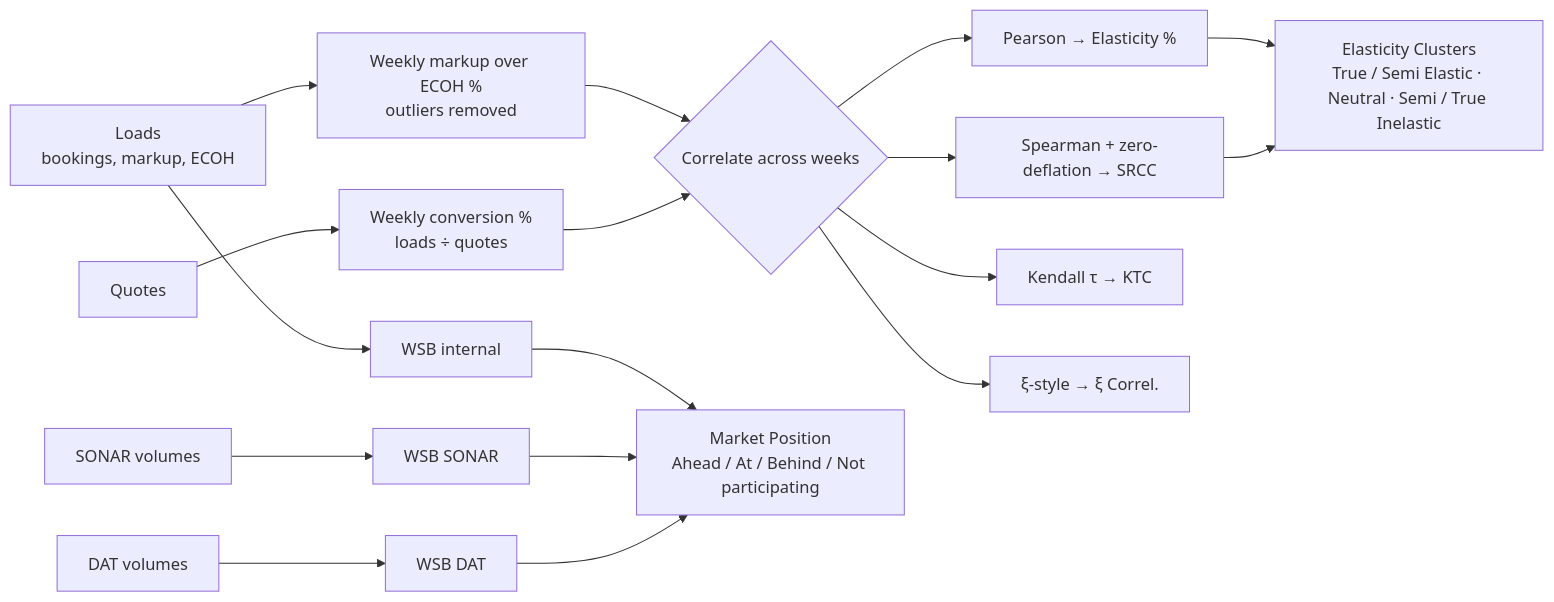
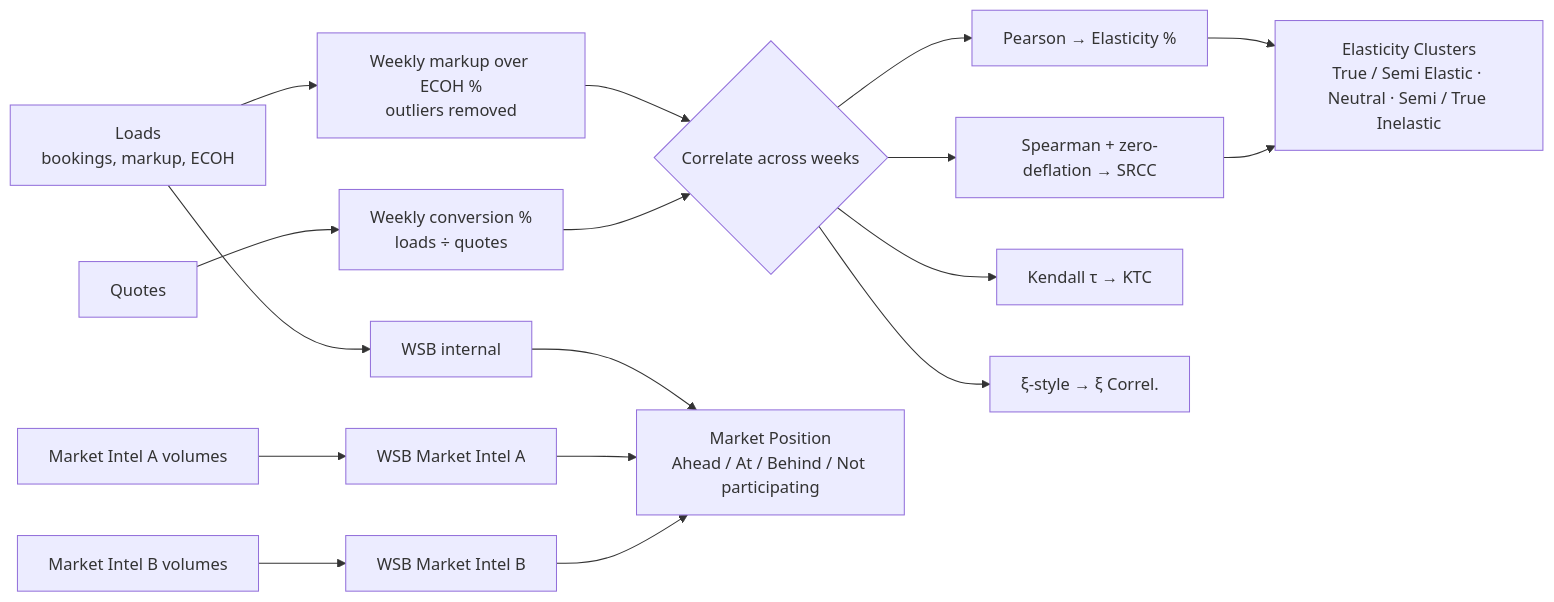
The diagram in README.md (kauemelo01/elasticity-wsb), drawn with Mermaid before and after one commit. The commit also changed other lines of this file and 9 other files, not shown here.

First line of the commit message:
Anonymize market data providers as Market Intel A and B

````diff
--- a/README.md
+++ b/README.md
@@ -38,19 +38,19 @@
 ```mermaid
 flowchart LR
     L[Loads<br/>bookings, markup, ECOH] --> M[Weekly markup over ECOH %<br/>outliers removed]
     Q[Quotes] --> C[Weekly conversion %<br/>loads ÷ quotes]
     M --> E{Correlate across weeks}
     C --> E
     E --> P[Pearson → Elasticity %]
     E --> S[Spearman + zero-deflation → SRCC]
     E --> K[Kendall τ → KTC]
     E --> X[ξ-style → ξ Correl.]
     P --> CL[Elasticity Clusters<br/>True / Semi Elastic · Neutral · Semi / True Inelastic]
     S --> CL
     L --> W[WSB internal]
-    SV[SONAR volumes] --> WS[WSB SONAR]
-    DV[DAT volumes] --> WD[WSB DAT]
+    SV[Market Intel A volumes] --> WS[WSB Market Intel A]
+    DV[Market Intel B volumes] --> WD[WSB Market Intel B]
     W --> MP[Market Position<br/>Ahead / At / Behind / Not participating]
     WS --> MP
     WD --> MP
 ```
````
